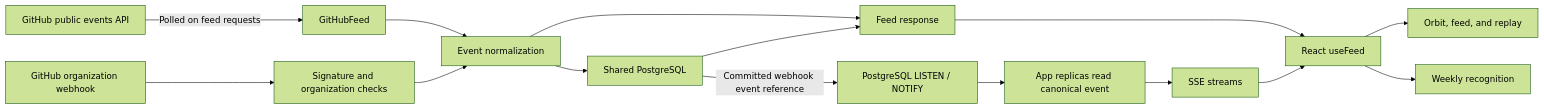
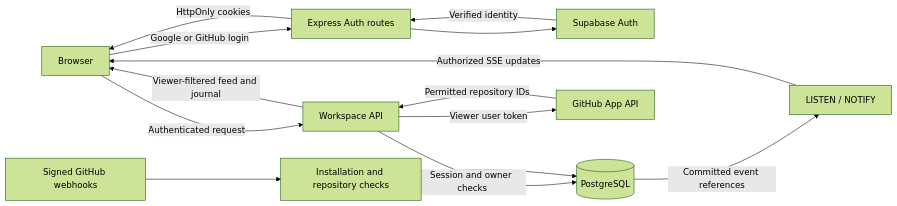
The diagram in docs/architecture.md (vndee/ship.live), drawn with Mermaid (forest theme) before and after one commit. The commit also changed other lines of this file and 44 other files, not shown here.

````diff
--- a/docs/architecture.md
+++ b/docs/architecture.md
@@ -7,17 +7,16 @@
 ```mermaid
 flowchart LR
-  GH[GitHub public events API] -->|Polled on feed requests| REST[GitHubFeed]
-  REST --> NORMAL[Event normalization]
-  WH[GitHub organization webhook] --> VERIFY[Signature and organization checks]
-  VERIFY --> NORMAL
-  NORMAL --> STORE[Shared PostgreSQL]
-  NORMAL --> FEED[Feed response]
-  STORE --> FEED
-  STORE -->|Committed webhook event reference| NOTIFY[PostgreSQL LISTEN / NOTIFY]
-  NOTIFY --> INSTANCES[App replicas read canonical event]
-  INSTANCES --> SSE[SSE streams]
-  FEED --> HOOK[React useFeed]
-  SSE --> HOOK
-  HOOK --> VIEW[Orbit, feed, and replay]
-  HOOK --> TEAM[Weekly recognition]
+  USER[Browser] -->|Google or GitHub login| BFF[Express Auth routes]
+  BFF --> AUTH[Supabase Auth]
+  AUTH -->|Verified identity| BFF
+  BFF -->|HttpOnly cookies| USER
+  USER -->|Authenticated request| API[Workspace API]
+  API -->|Session and owner checks| DB[(PostgreSQL)]
+  API -->|Viewer user token| GH[GitHub App API]
+  GH -->|Permitted repository IDs| API
+  HOOK[Signed GitHub webhooks] --> INGEST[Installation and repository checks]
+  INGEST --> DB
+  DB -->|Committed event references| LISTEN[LISTEN / NOTIFY]
+  LISTEN -->|Authorized SSE updates| USER
+  API -->|Viewer-filtered feed and journal| USER
 ```
````
